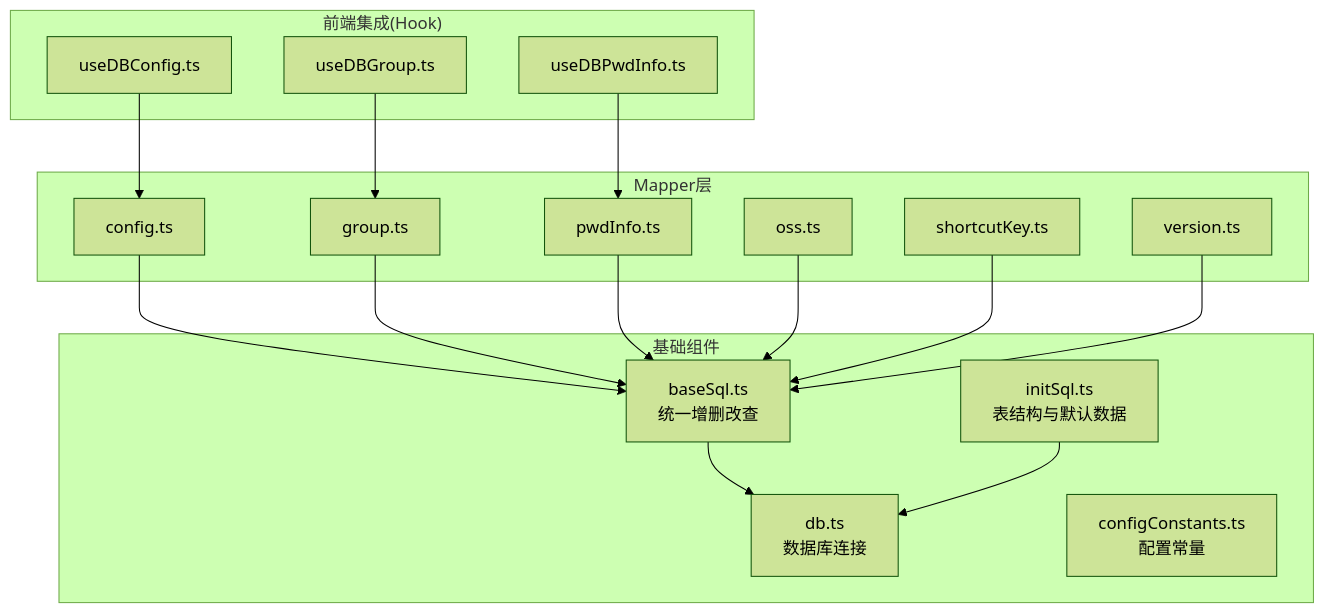
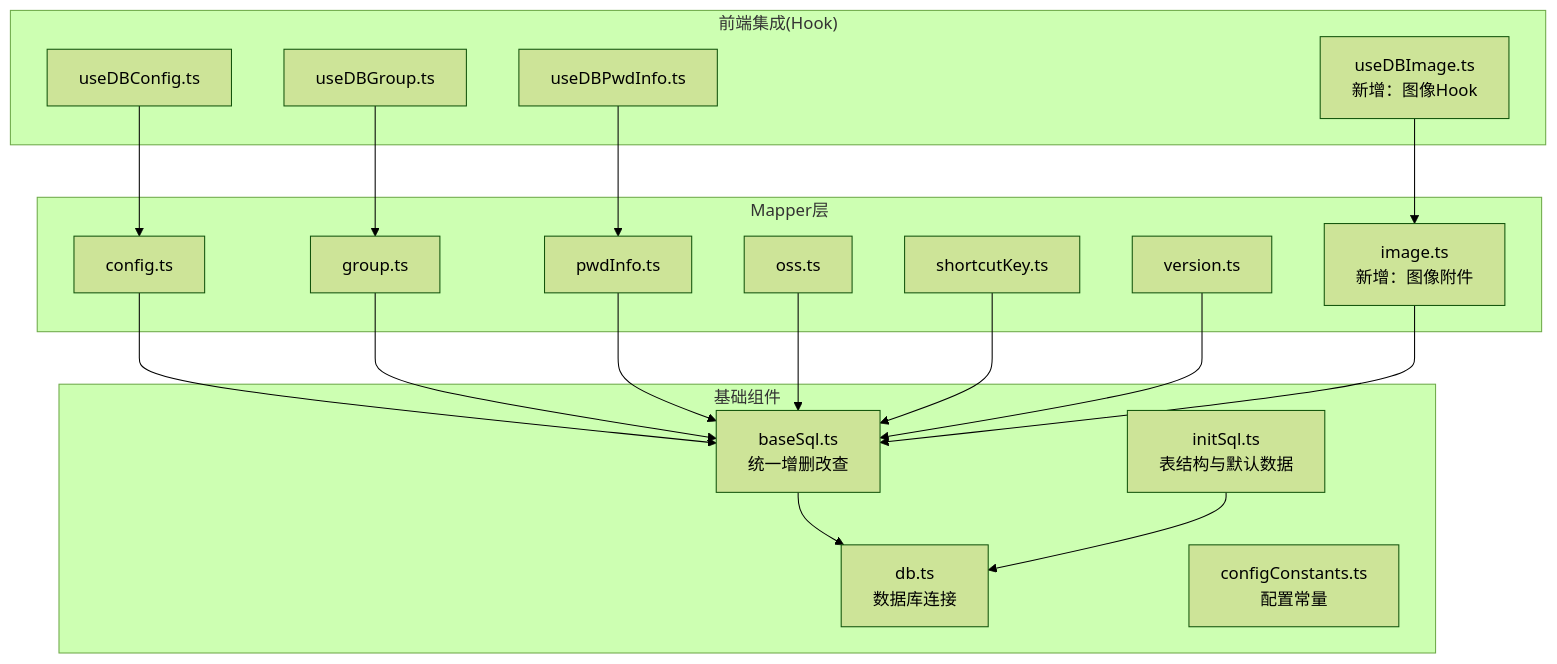
The first of 5 diagrams in .qoder/repowiki/zh/content/架构设计/数据库层架构/Mapper层设计/Mapper层设计.md (scgithub3220216/password-manager), drawn with Mermaid (forest theme) before and after one commit. The commit also changed other lines of this file and 9 other files, not shown here.

First line of the commit message:
feat(sync): 新增图像数据同步支持

````diff
--- a/.qoder/repowiki/zh/content/架构设计/数据库层架构/Mapper层设计/Mapper层设计.md
+++ b/.qoder/repowiki/zh/content/架构设计/数据库层架构/Mapper层设计/Mapper层设计.md
@@ -44,33 +50,37 @@
 ```mermaid
 graph TB
 subgraph "基础组件"
 Base["baseSql.ts<br/>统一增删改查"]
 DB["db.ts<br/>数据库连接"]
 Init["initSql.ts<br/>表结构与默认数据"]
 CfgConst["configConstants.ts<br/>配置常量"]
 end
 subgraph "Mapper层"
 MConfig["config.ts"]
 MGroup["group.ts"]
 MPwd["pwdInfo.ts"]
 MOss["oss.ts"]
 MShk["shortcutKey.ts"]
 MVer["version.ts"]
+MImg["image.ts<br/>新增：图像附件"]
 end
 subgraph "前端集成(Hook)"
 HConfig["useDBConfig.ts"]
 HGroup["useDBGroup.ts"]
 HPwd["useDBPwdInfo.ts"]
+HImg["useDBImage.ts<br/>新增：图像Hook"]
 end
 Base --> DB
 Init --> DB
 MConfig --> Base
 MGroup --> Base
 MPwd --> Base
 MOss --> Base
 MShk --> Base
 MVer --> Base
+MImg --> Base
 HConfig --> MConfig
 HGroup --> MGroup
 HPwd --> MPwd
+HImg --> MImg
 ```
````
